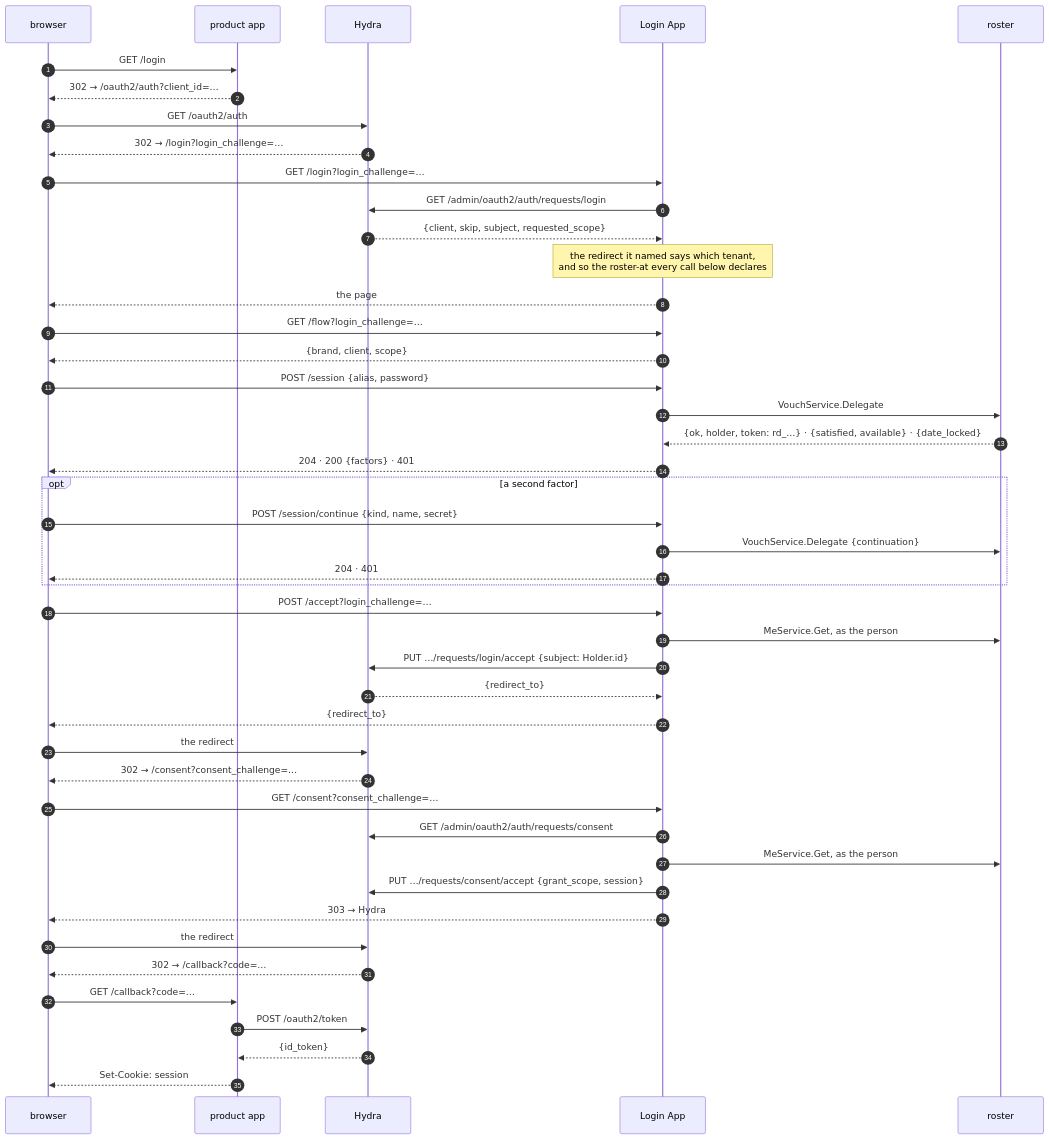
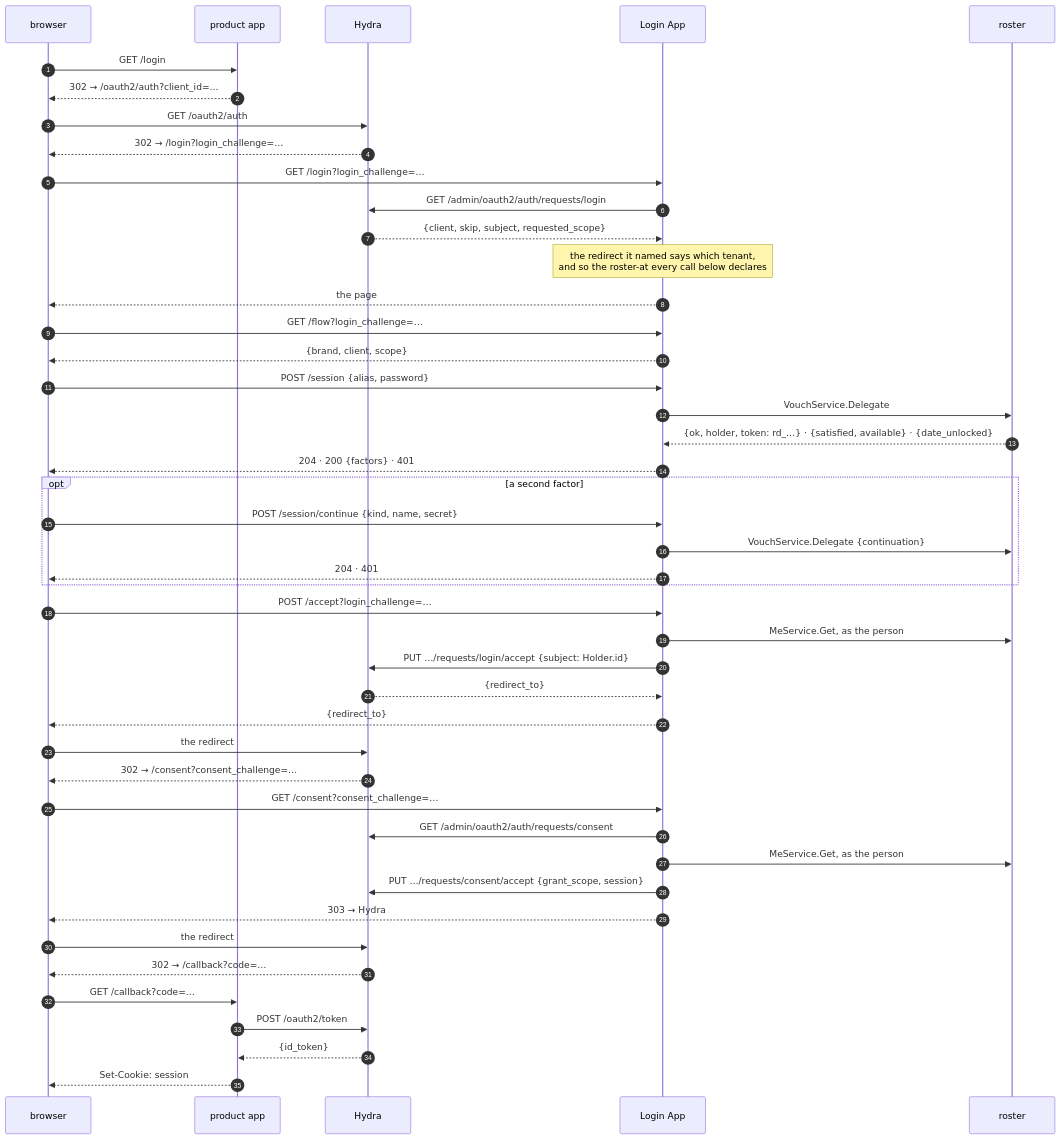
Before and after one commit to lesomnus/roster: the third of 7 diagrams in docs/login.md, drawn with Mermaid. The commit also changed other lines of this file and 51 other files, not shown here.

````diff
--- a/docs/login.md
+++ b/docs/login.md
@@ -256,53 +256,53 @@
 ```mermaid
 sequenceDiagram
   autonumber
   participant B as browser
   participant P as product app
   participant H as Hydra
   participant L as Login App
   participant R as roster
 
   B->>P: GET /login
   P-->>B: 302 → /oauth2/auth?client_id=…
   B->>H: GET /oauth2/auth
   H-->>B: 302 → /login?login_challenge=…
 
   B->>L: GET /login?login_challenge=…
   L->>H: GET /admin/oauth2/auth/requests/login
   H-->>L: {client, skip, subject, requested_scope}
   Note over L: the redirect it named says which tenant,<br/>and so the roster-at every call below declares
   L-->>B: the page
   B->>L: GET /flow?login_challenge=…
   L-->>B: {brand, client, scope}
 
   B->>L: POST /session {alias, password}
   L->>R: VouchService.Delegate
-  R-->>L: {ok, holder, token: rd_…} · {satisfied, available} · {date_locked}
+  R-->>L: {ok, holder, token: rd_…} · {satisfied, available} · {date_unlocked}
   L-->>B: 204 · 200 {factors} · 401
 
   opt a second factor
     B->>L: POST /session/continue {kind, name, secret}
     L->>R: VouchService.Delegate {continuation}
     L-->>B: 204 · 401
   end
 
   B->>L: POST /accept?login_challenge=…
   L->>R: MeService.Get, as the person
   L->>H: PUT …/requests/login/accept {subject: Holder.id}
   H-->>L: {redirect_to}
   L-->>B: {redirect_to}
   B->>H: the redirect
   H-->>B: 302 → /consent?consent_challenge=…
 
   B->>L: GET /consent?consent_challenge=…
   L->>H: GET /admin/oauth2/auth/requests/consent
   L->>R: MeService.Get, as the person
   L->>H: PUT …/requests/consent/accept {grant_scope, session}
   L-->>B: 303 → Hydra
   B->>H: the redirect
   H-->>B: 302 → /callback?code=…
   B->>P: GET /callback?code=…
   P->>H: POST /oauth2/token
   H-->>P: {id_token}
   P-->>B: Set-Cookie: session
 ```
````
